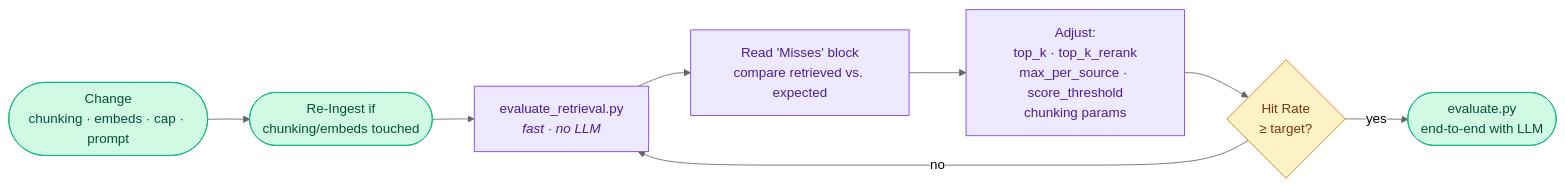
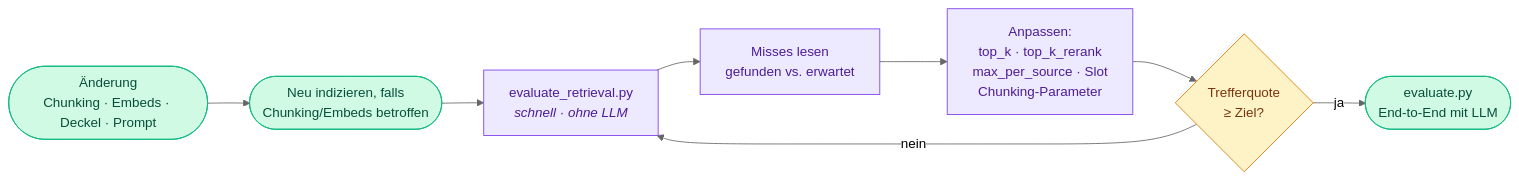
One commit to FabianHentrich/lorekeeper changed the diagram in docs/evaluation.md. Above: the diagram before and after it, drawn with Mermaid (neutral theme). The commit also changed other lines of this file and 15 other files, not shown here.

````diff
--- a/docs/evaluation.md
+++ b/docs/evaluation.md
@@ -208,21 +185,21 @@
 ```mermaid
 flowchart LR
-    CHANGE([Change<br/>chunking · embeds · cap · prompt])
-    INGEST([Re-Ingest if<br/>chunking/embeds touched])
-    EVAL["evaluate_retrieval.py<br/><i>fast · no LLM</i>"]
-    ANALYZE["Read 'Misses' block<br/>compare retrieved vs. expected"]
-    TUNE["Adjust:<br/>top_k · top_k_rerank<br/>max_per_source · score_threshold<br/>chunking params"]
-    STABLE{Hit Rate<br/>≥ target?}
-    E2E([evaluate.py<br/>end-to-end with LLM])
+    CHANGE([Änderung<br/>Chunking · Embeds · Deckel · Prompt])
+    INGEST([Neu indizieren, falls<br/>Chunking/Embeds betroffen])
+    EVAL["evaluate_retrieval.py<br/><i>schnell · ohne LLM</i>"]
+    ANALYZE["Misses lesen<br/>gefunden vs. erwartet"]
+    TUNE["Anpassen:<br/>top_k · top_k_rerank<br/>max_per_source · Slot<br/>Chunking-Parameter"]
+    STABLE{Trefferquote<br/>≥ Ziel?}
+    E2E([evaluate.py<br/>End-to-End mit LLM])
 
     CHANGE --> INGEST --> EVAL --> ANALYZE --> TUNE --> STABLE
-    STABLE -->|no| EVAL
-    STABLE -->|yes| E2E
+    STABLE -->|nein| EVAL
+    STABLE -->|ja| E2E
 
     classDef io fill:#d1fae5,stroke:#10b981,color:#064e3b
     classDef step fill:#ede9fe,stroke:#7c3aed,color:#4c1d95
     classDef decision fill:#fef3c7,stroke:#d97706,color:#78350f
     class CHANGE,INGEST,E2E io
     class EVAL,ANALYZE,TUNE step
     class STABLE decision
 ```
````
